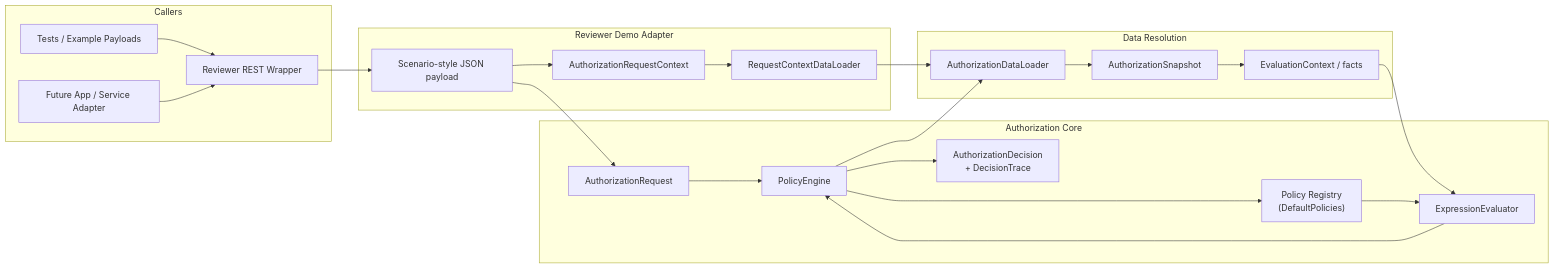
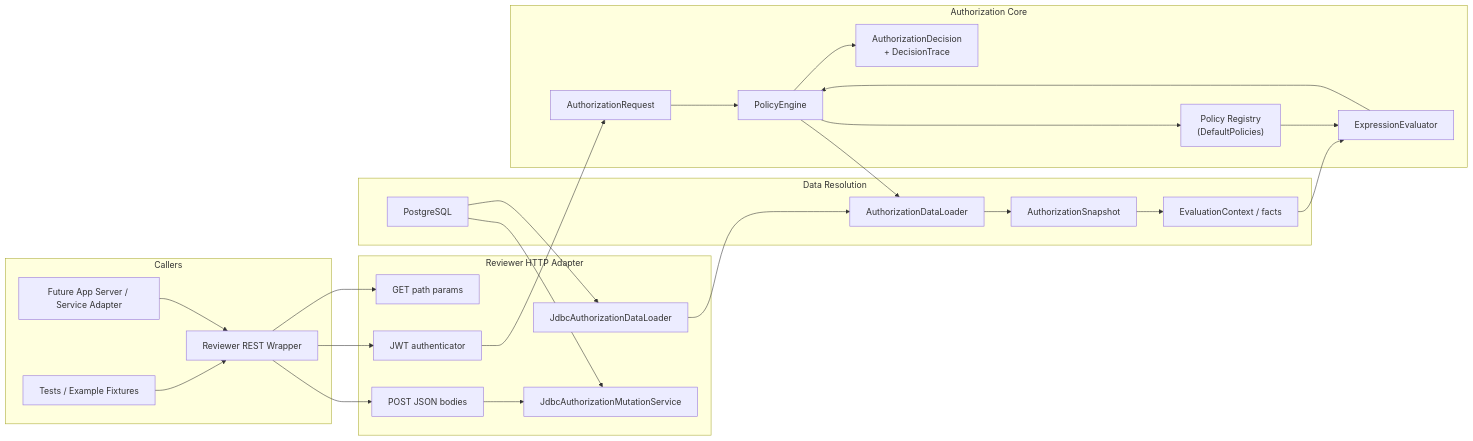
The first of 3 diagrams in DESIGN.md (ilminmoon/permissions-dsl-challenge), drawn with Mermaid before and after one commit. The commit also changed other lines of this file and 83 other files, not shown here.

````diff
--- a/DESIGN.md
+++ b/DESIGN.md
@@ -60,45 +64,51 @@
 ```mermaid
 flowchart LR
     subgraph Callers["Callers"]
-        Test["Tests / Example Payloads"]
-        Future["Future App / Service Adapter"]
+        Test["Tests / Example Fixtures"]
+        Future["Future App Server / Service Adapter"]
         Rest["Reviewer REST Wrapper"]
     end
 
     subgraph Core["Authorization Core"]
         Request["AuthorizationRequest"]
         Engine["PolicyEngine"]
         Policies["Policy Registry<br/>(DefaultPolicies)"]
         Evaluator["ExpressionEvaluator"]
         Explain["AuthorizationDecision<br/>+ DecisionTrace"]
     end
 
     subgraph Data["Data Resolution"]
         Loader["AuthorizationDataLoader"]
         Snapshot["AuthorizationSnapshot"]
         Facts["EvaluationContext / facts"]
+        Db["PostgreSQL"]
     end
 
-    subgraph Demo["Reviewer Demo Adapter"]
-        Payload["Scenario-style JSON payload"]
-        RequestContext["AuthorizationRequestContext"]
-        ContextLoader["RequestContextDataLoader"]
+    subgraph Demo["Reviewer HTTP Adapter"]
+        Route["GET path params"]
+        Write["POST JSON bodies"]
+        Jwt["JWT authenticator"]
+        Jdbc["JdbcAuthorizationDataLoader"]
+        Mutations["JdbcAuthorizationMutationService"]
     end
 
     Test --> Rest
     Future --> Rest
-    Rest --> Payload
-    Payload --> Request
-    Payload --> RequestContext
-    RequestContext --> ContextLoader
+    Rest --> Route
+    Rest --> Write
+    Rest --> Jwt
+    Jwt --> Request
     Request --> Engine
     Engine --> Policies
     Engine --> Loader
-    ContextLoader --> Loader
+    Jdbc --> Loader
+    Write --> Mutations
+    Db --> Mutations
+    Db --> Jdbc
     Loader --> Snapshot
     Snapshot --> Facts
     Facts --> Evaluator
     Policies --> Evaluator
     Evaluator --> Engine
     Engine --> Explain
 ```
````
